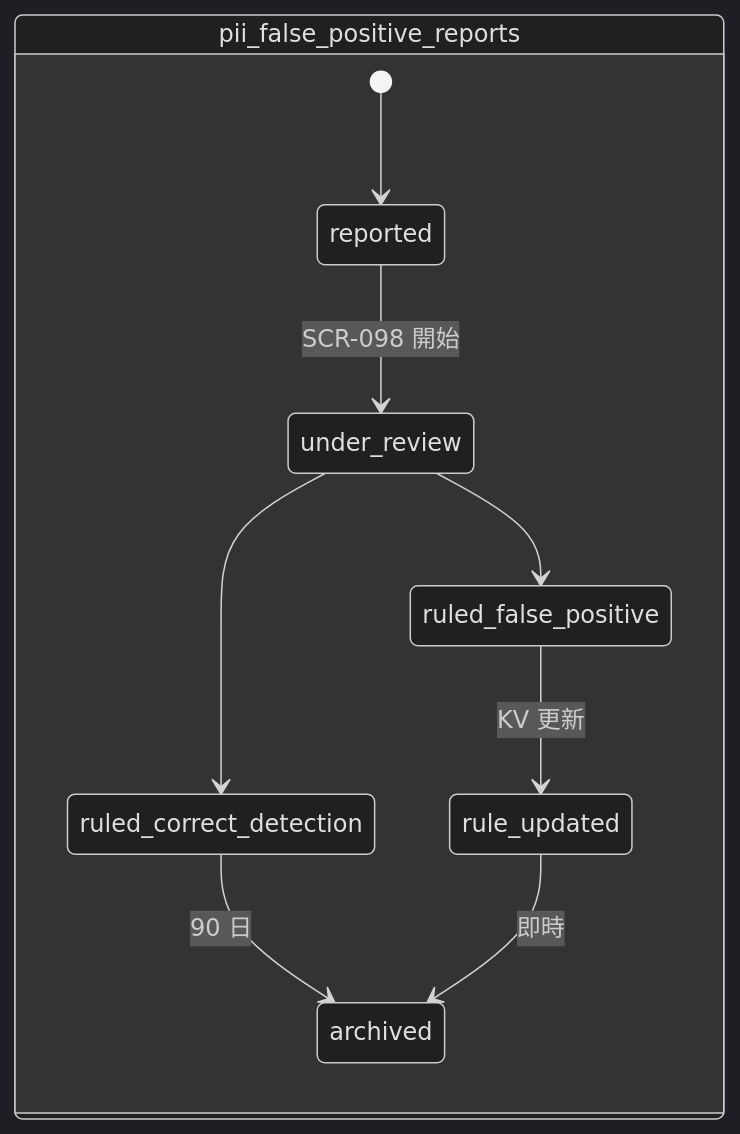
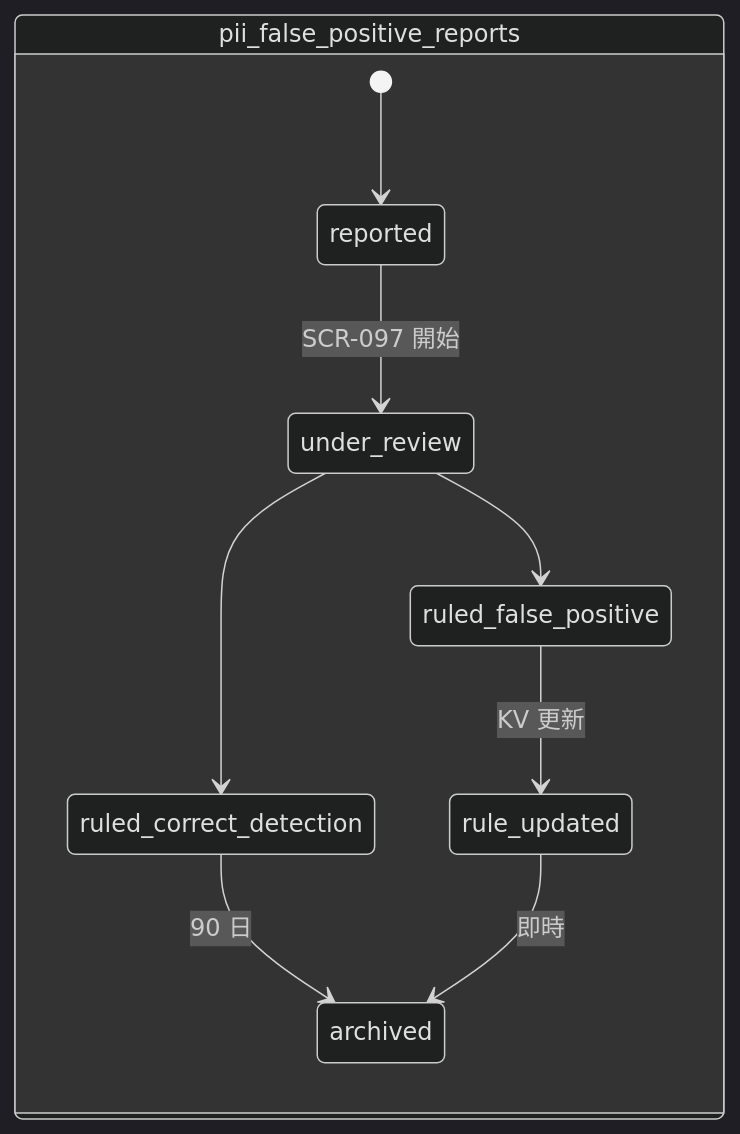
Before and after one commit to sikakou54/open-faq: the fourth of 5 diagrams in 02_運営者システム/03_詳細設計/DD11_状態遷移詳細.md, drawn with Mermaid (dark theme). The commit also changed other lines of this file and 118 other files, not shown here.

````diff
--- a/02_運営者システム/03_詳細設計/DD11_状態遷移詳細.md
+++ b/02_運営者システム/03_詳細設計/DD11_状態遷移詳細.md
@@ -213,12 +213,12 @@
 ```mermaid
 stateDiagram-v2
     state pii_false_positive_reports {
         [*] --> reported
-        reported --> under_review: SCR-098 開始
+        reported --> under_review: SCR-097 開始
         under_review --> ruled_false_positive
         under_review --> ruled_correct_detection
         ruled_false_positive --> rule_updated: KV 更新
         ruled_correct_detection --> archived: 90 日
         rule_updated --> archived: 即時
     }
 ```
````
